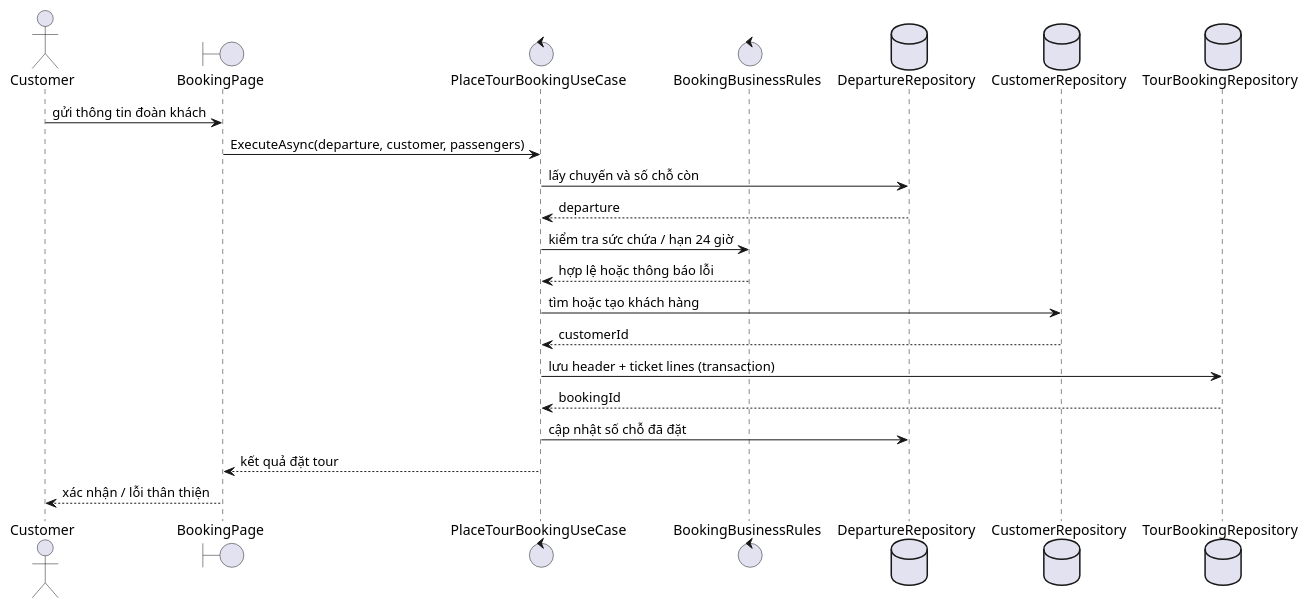
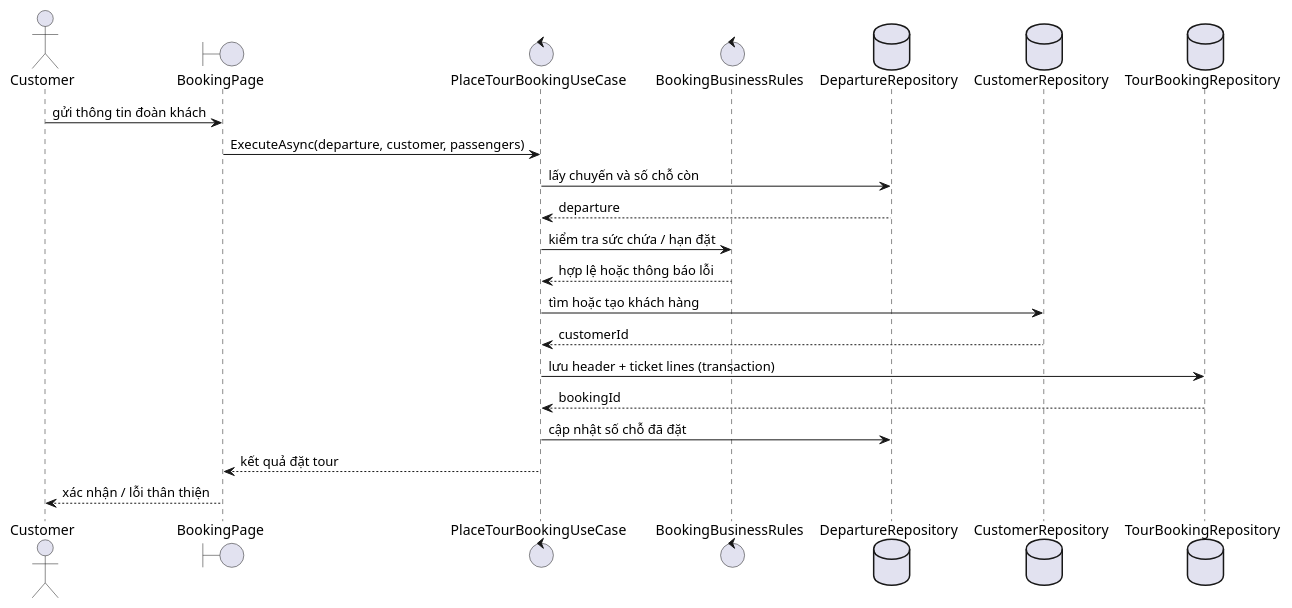
Before and after one commit to Minh05JQKA/-n-TourDulLichHue: the diagram in docs/diagrams/booking-sequence.puml, drawn with PlantUML. The commit also changed 2 other files, not shown here.

```diff
--- a/docs/diagrams/booking-sequence.puml
+++ b/docs/diagrams/booking-sequence.puml
@@ -4,22 +4,22 @@
 @startuml
 actor Customer
 boundary BookingPage
 control PlaceTourBookingUseCase
 control BookingBusinessRules
 database DepartureRepository
 database CustomerRepository
 database TourBookingRepository
 Customer -> BookingPage : gửi thông tin đoàn khách
 BookingPage -> PlaceTourBookingUseCase : ExecuteAsync(departure, customer, passengers)
 PlaceTourBookingUseCase -> DepartureRepository : lấy chuyến và số chỗ còn
 DepartureRepository --> PlaceTourBookingUseCase : departure
-PlaceTourBookingUseCase -> BookingBusinessRules : kiểm tra sức chứa / hạn 24 giờ
+PlaceTourBookingUseCase -> BookingBusinessRules : kiểm tra sức chứa / hạn đặt
 BookingBusinessRules --> PlaceTourBookingUseCase : hợp lệ hoặc thông báo lỗi
 PlaceTourBookingUseCase -> CustomerRepository : tìm hoặc tạo khách hàng
 CustomerRepository --> PlaceTourBookingUseCase : customerId
 PlaceTourBookingUseCase -> TourBookingRepository : lưu header + ticket lines (transaction)
 TourBookingRepository --> PlaceTourBookingUseCase : bookingId
 PlaceTourBookingUseCase -> DepartureRepository : cập nhật số chỗ đã đặt
 PlaceTourBookingUseCase --> BookingPage : kết quả đặt tour
 BookingPage --> Customer : xác nhận / lỗi thân thiện
 @enduml
```
